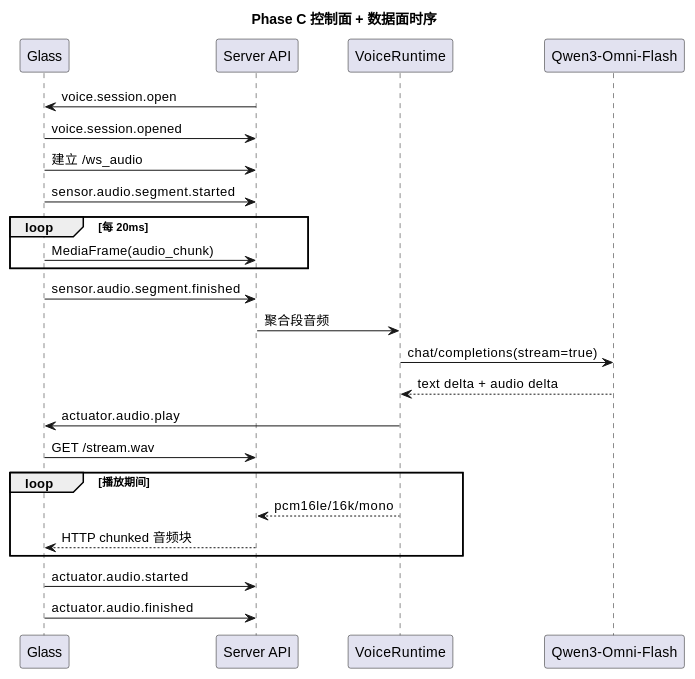
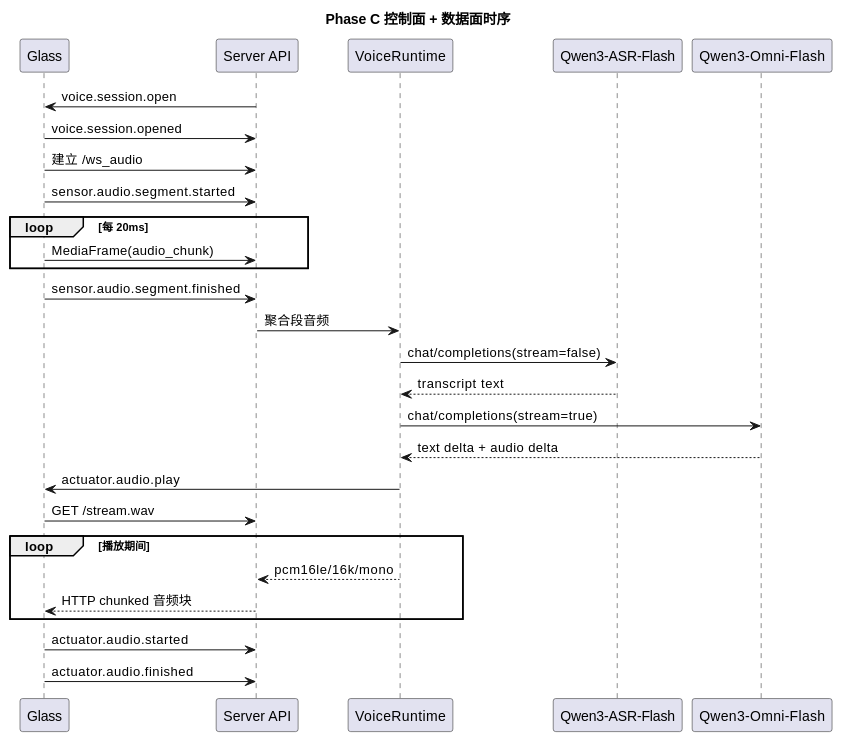
Before and after one commit to HengeLiu/RealtimeAgent: the second of 2 diagrams in doc/plan/PhaseC非实时语音对话实施文档.md, drawn with PlantUML. The commit also changed other lines of this file and 7 other files, not shown here.

````diff
--- a/doc/plan/PhaseC非实时语音对话实施文档.md
+++ b/doc/plan/PhaseC非实时语音对话实施文档.md
@@ -129,32 +129,35 @@
 ```plantuml
 @startuml
 title Phase C 控制面 + 数据面时序
 
 participant "Glass" as G
 participant "Server API" as S
 participant "VoiceRuntime" as V
+participant "Qwen3-ASR-Flash" as A
 participant "Qwen3-Omni-Flash" as M
 
 S -> G : voice.session.open
 G -> S : voice.session.opened
 G -> S : 建立 /ws_audio
 
 G -> S : sensor.audio.segment.started
 loop 每 20ms
   G -> S : MediaFrame(audio_chunk)
 end
 G -> S : sensor.audio.segment.finished
 
 S -> V : 聚合段音频
+V -> A : chat/completions(stream=false)
+A --> V : transcript text
 V -> M : chat/completions(stream=true)
 M --> V : text delta + audio delta
 V -> G : actuator.audio.play
 G -> S : GET /stream.wav
 loop 播放期间
   V --> S : pcm16le/16k/mono
   S --> G : HTTP chunked 音频块
 end
 G -> S : actuator.audio.started
 G -> S : actuator.audio.finished
 @enduml
 ```
````
